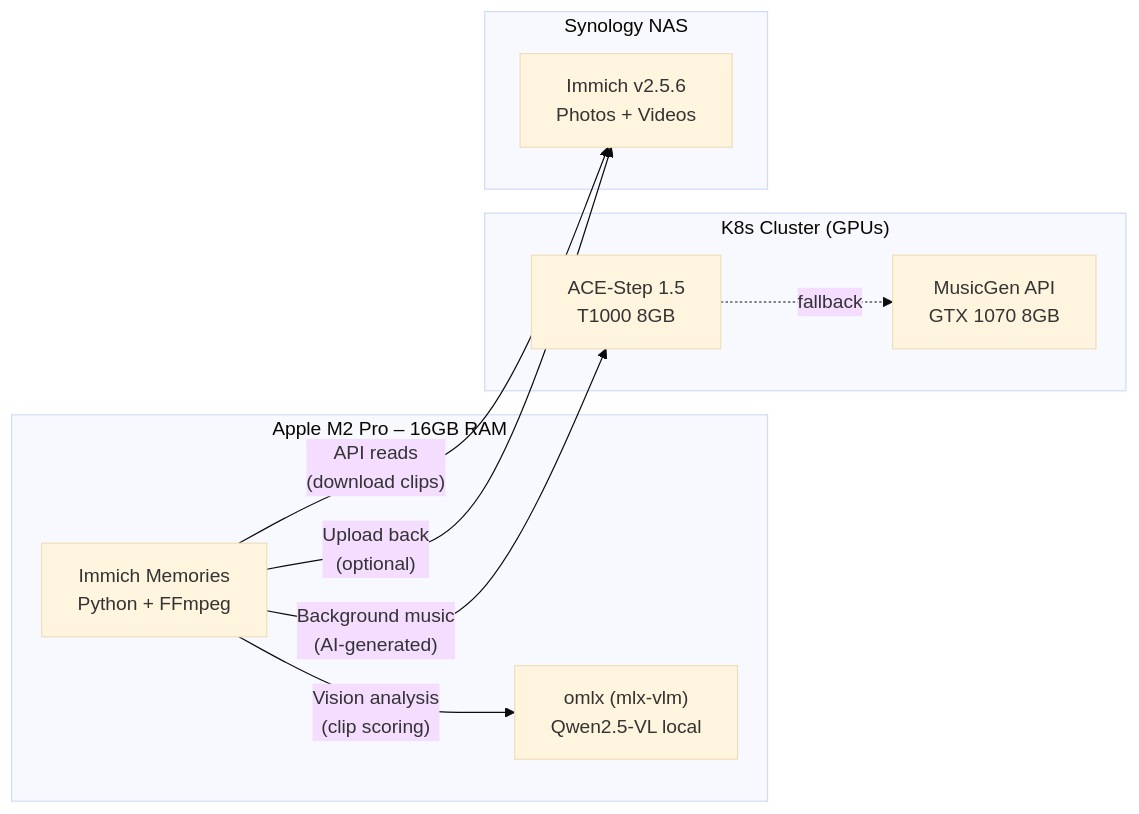
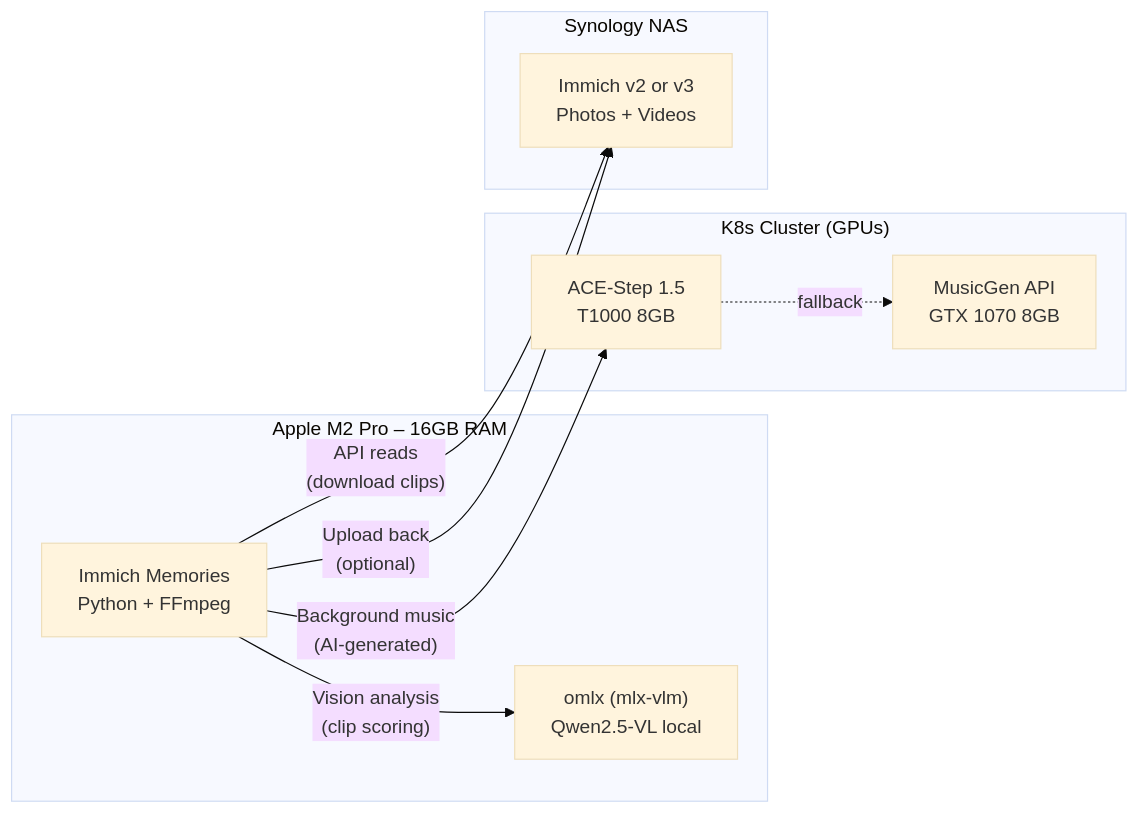
Before and after one commit to sam-dumont/immich-video-memory-generator: the diagram in README.md, drawn with Mermaid (base theme). The commit also changed other lines of this file and 8 other files, not shown here.

````diff
--- a/README.md
+++ b/README.md
@@ -19,22 +19,22 @@
 ```mermaid
 graph LR
     subgraph "Apple M2 Pro – 16GB RAM"
         IM["Immich Memories<br/>Python + FFmpeg"]
         LLM["omlx (mlx-vlm)<br/>Qwen2.5-VL local"]
     end
 
     subgraph "K8s Cluster (GPUs)"
         ACE["ACE-Step 1.5<br/>T1000 8GB"]
         MG["MusicGen API<br/>GTX 1070 8GB"]
     end
 
     subgraph "Synology NAS"
-        Immich["Immich v2.5.6<br/>Photos + Videos"]
+        Immich["Immich v2 or v3<br/>Photos + Videos"]
     end
 
     IM -->|"API reads<br/>(download clips)"| Immich
     IM -->|"Vision analysis<br/>(clip scoring)"| LLM
     IM -->|"Background music<br/>(AI-generated)"| ACE
     ACE -.->|"fallback"| MG
     IM -->|"Upload back<br/>(optional)"| Immich
 ```
````
